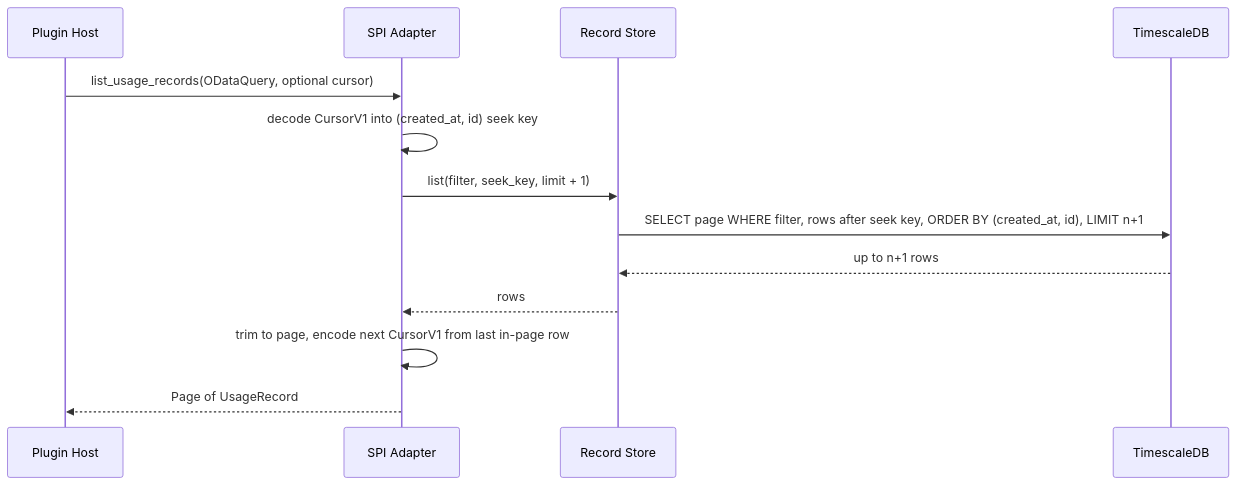
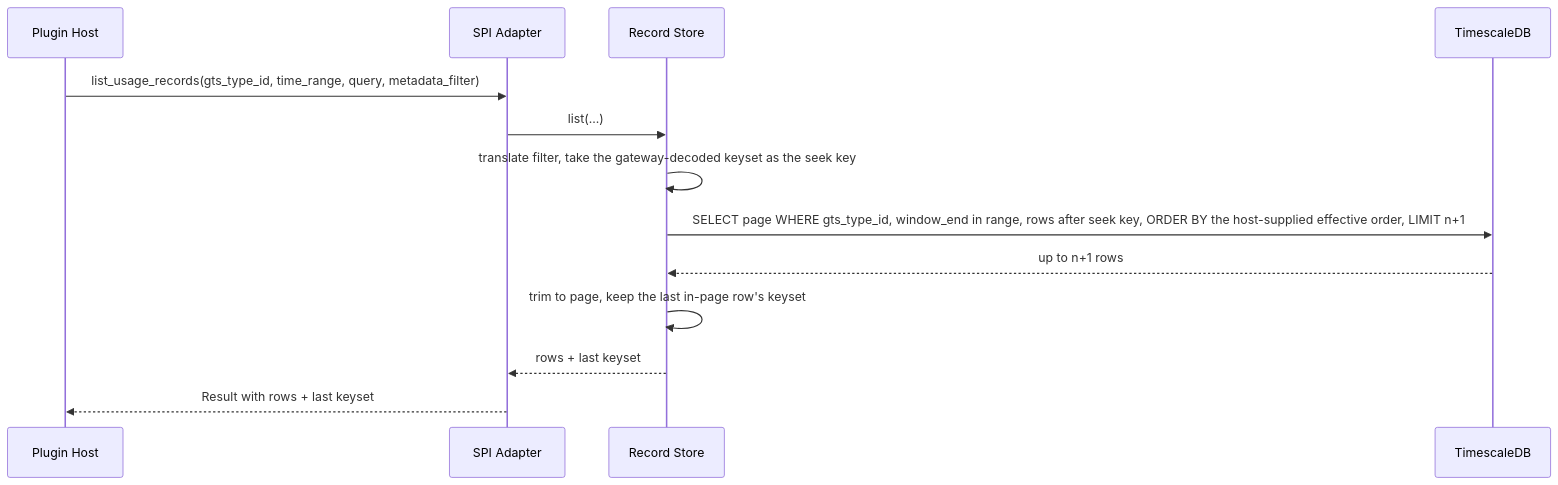
One commit to Andrei-Iliushin-Constructor/gears-rust changed the sixth of 11 diagrams in gears/system/usage-collector/plugins/timescaledb-usage-collector-plugin/docs/DESIGN.md. Above: the diagram before and after it, drawn with Mermaid. The commit also changed other lines of this file and 38 other files, not shown here.

````diff
--- a/gears/system/usage-collector/plugins/timescaledb-usage-collector-plugin/docs/DESIGN.md
+++ b/gears/system/usage-collector/plugins/timescaledb-usage-collector-plugin/docs/DESIGN.md
@@ -467,15 +565,15 @@
 ```mermaid
 sequenceDiagram
     participant Host as Plugin Host
     participant Adapter as SPI Adapter
     participant Rec as Record Store
     participant DB as TimescaleDB
-    Host->>Adapter: list_usage_records(ODataQuery, optional cursor)
-    Adapter->>Adapter: decode CursorV1 into (created_at, id) seek key
-    Adapter->>Rec: list(filter, seek_key, limit + 1)
-    Rec->>DB: SELECT page WHERE filter, rows after seek key, ORDER BY (created_at, id), LIMIT n+1
+    Host->>Adapter: list_usage_records(gts_type_id, time_range, query, metadata_filter)
+    Adapter->>Rec: list(...)
+    Rec->>Rec: translate filter, take the gateway-decoded keyset as the seek key
+    Rec->>DB: SELECT page WHERE gts_type_id, window_end in range, rows after seek key, ORDER BY the host-supplied effective order, LIMIT n+1
     DB-->>Rec: up to n+1 rows
-    Rec-->>Adapter: rows
-    Adapter->>Adapter: trim to page, encode next CursorV1 from last in-page row
-    Adapter-->>Host: Page of UsageRecord
+    Rec->>Rec: trim to page, keep the last in-page row's keyset
+    Rec-->>Adapter: rows + last keyset
+    Adapter-->>Host: Result with rows + last keyset
 ```
````
